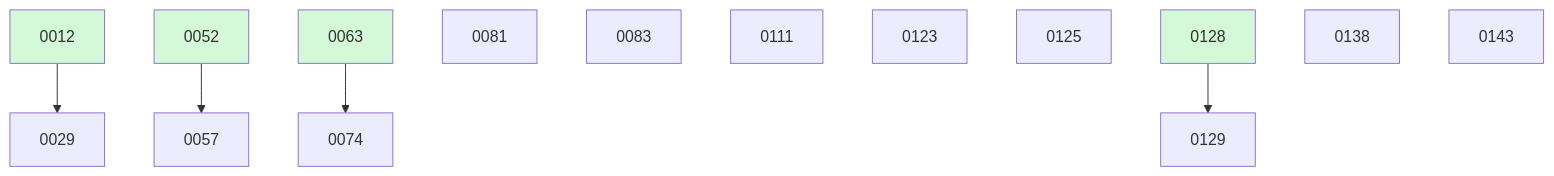
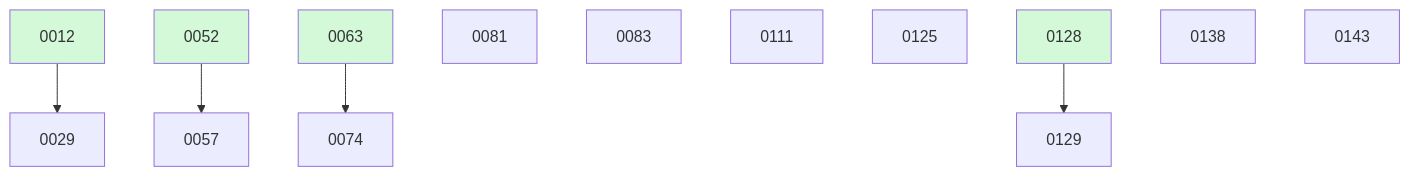
One commit to ethanhinson/fuse changed the diagram in docs/changes/BOARD.md. Above: the diagram before and after it, drawn with Mermaid. The commit also changed other lines of this file and 1 other file, not shown here.

````diff
--- a/docs/changes/BOARD.md
+++ b/docs/changes/BOARD.md
@@ -36,19 +35,18 @@
 ```mermaid
 graph TD
   0012 --> 0029
   0052 --> 0057
   0063 --> 0074
   0081
   0083
   0111
-  0123
   0125
   0128 --> 0129
   0138
   0143
   0012:::done
   0052:::done
   0063:::done
   0128:::done
   classDef done fill:#d3f9d8;
 ```
````
